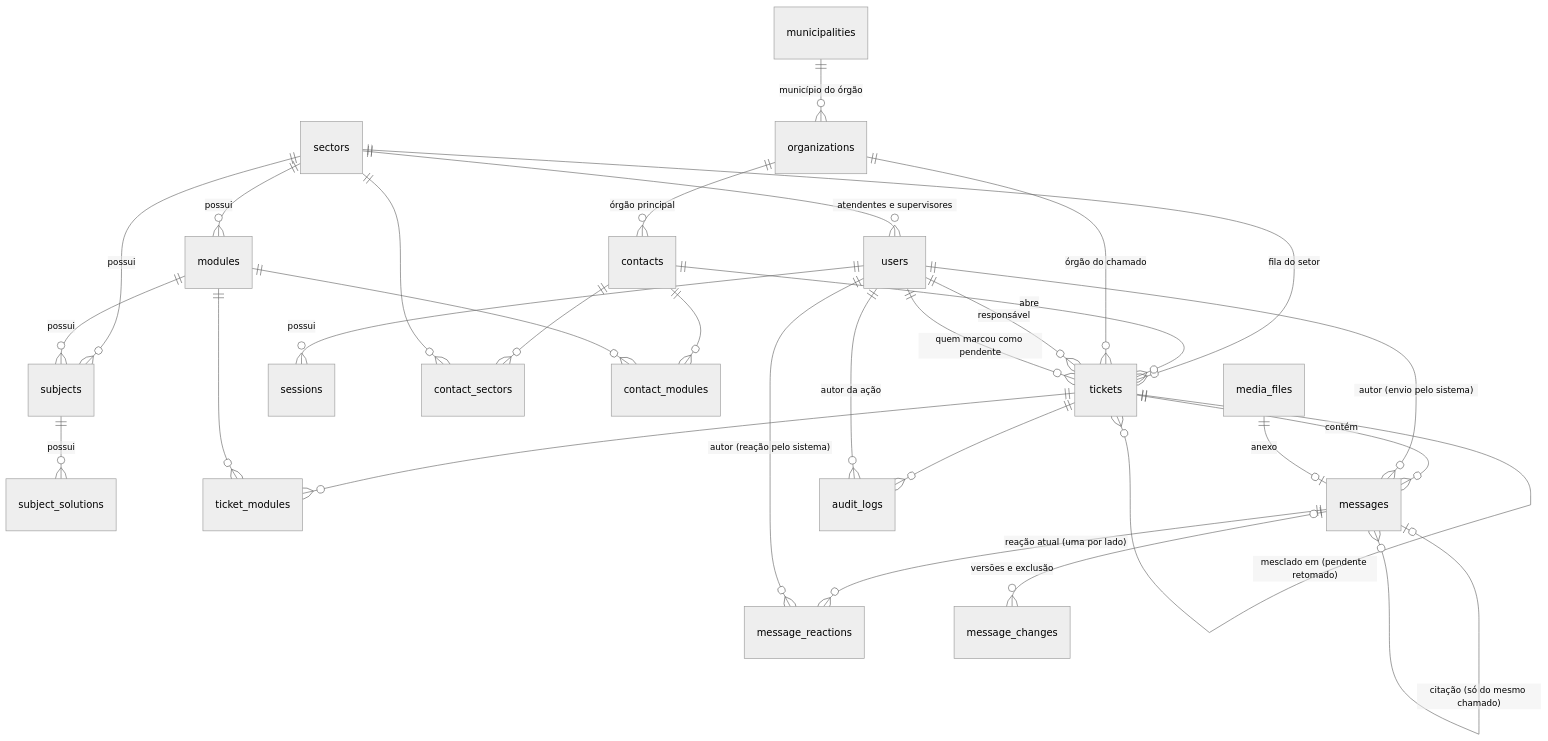
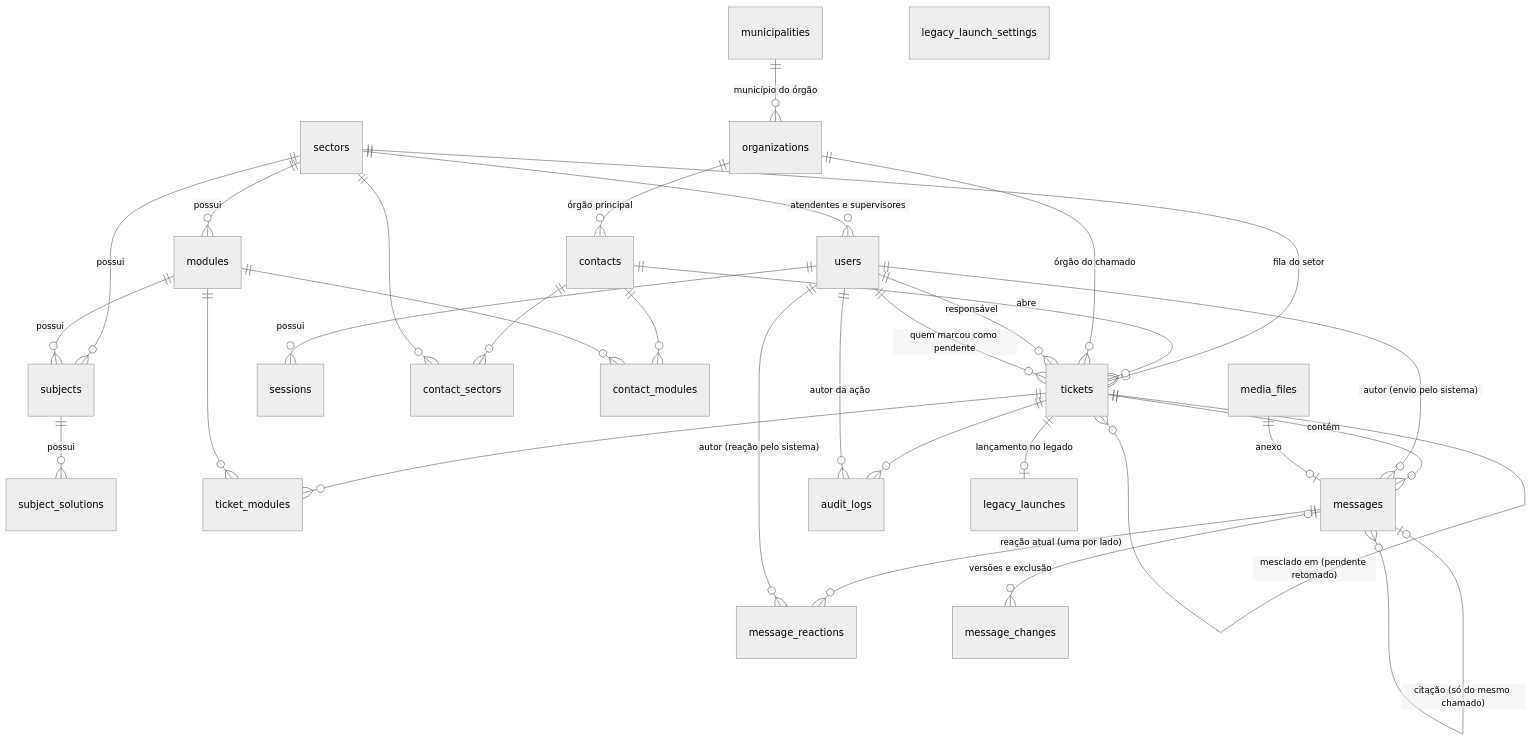
Before and after one commit to gcaspp-labs/xet: the first of 2 diagrams in docs/data-model.md, drawn with Mermaid (neutral theme). The commit also changed other lines of this file, not shown here.

Commit message:
docs: lançamento no legado no modelo de dados (#412)

````diff
--- a/docs/data-model.md
+++ b/docs/data-model.md
@@ -24,33 +24,35 @@
 ```mermaid
 erDiagram
     sectors ||--o{ users : "atendentes e supervisores"
     sectors ||--o{ modules : possui
     sectors ||--o{ tickets : "fila do setor"
     sectors ||--o{ subjects : possui
     modules ||--o{ subjects : possui
     subjects ||--o{ subject_solutions : possui
     users ||--o{ sessions : possui
     municipalities ||--o{ organizations : "município do órgão"
     organizations ||--o{ contacts : "órgão principal"
     contacts ||--o{ tickets : abre
     contacts ||--o{ contact_sectors : ""
     sectors ||--o{ contact_sectors : ""
     contacts ||--o{ contact_modules : ""
     modules ||--o{ contact_modules : ""
     organizations ||--o{ tickets : "órgão do chamado"
     users ||--o{ tickets : "responsável"
     tickets ||--o| tickets : "chamado anterior (transferência entre setores)"
     tickets ||--o{ tickets : "mesclado em (pendente retomado)"
     users ||--o{ tickets : "quem marcou como pendente"
     tickets ||--o{ ticket_modules : ""
     modules ||--o{ ticket_modules : ""
     tickets ||--o{ messages : contém
     users ||--o{ messages : "autor (envio pelo sistema)"
     media_files ||--o| messages : anexo
     messages ||--o{ message_reactions : "reação atual (uma por lado)"
     messages |o--o{ message_changes : "versões e exclusão"
     messages |o--o{ messages : "citação (só do mesmo chamado)"
     users ||--o{ message_reactions : "autor (reação pelo sistema)"
     tickets ||--o{ audit_logs : ""
     users ||--o{ audit_logs : "autor da ação"
+    tickets ||--o| legacy_launches : "lançamento no legado"
+    legacy_launch_settings
 ```
````
